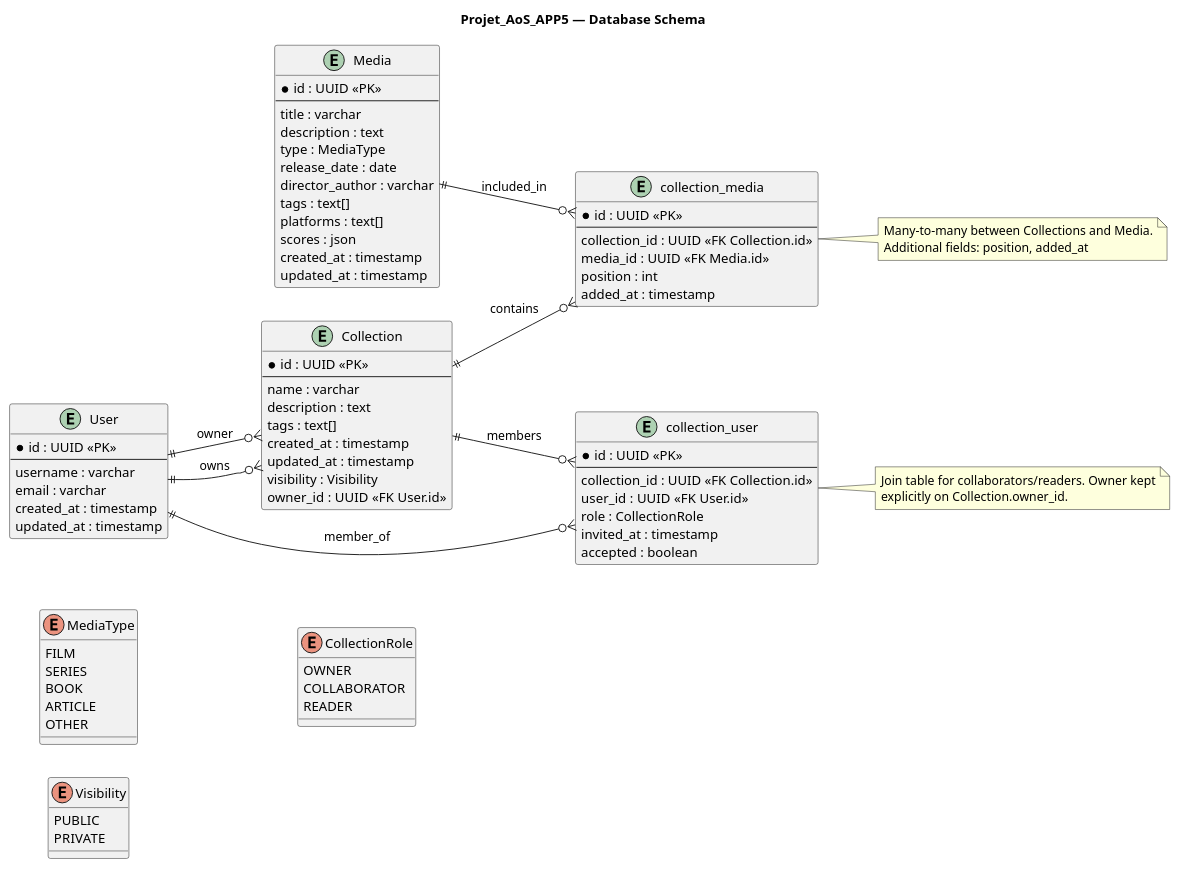
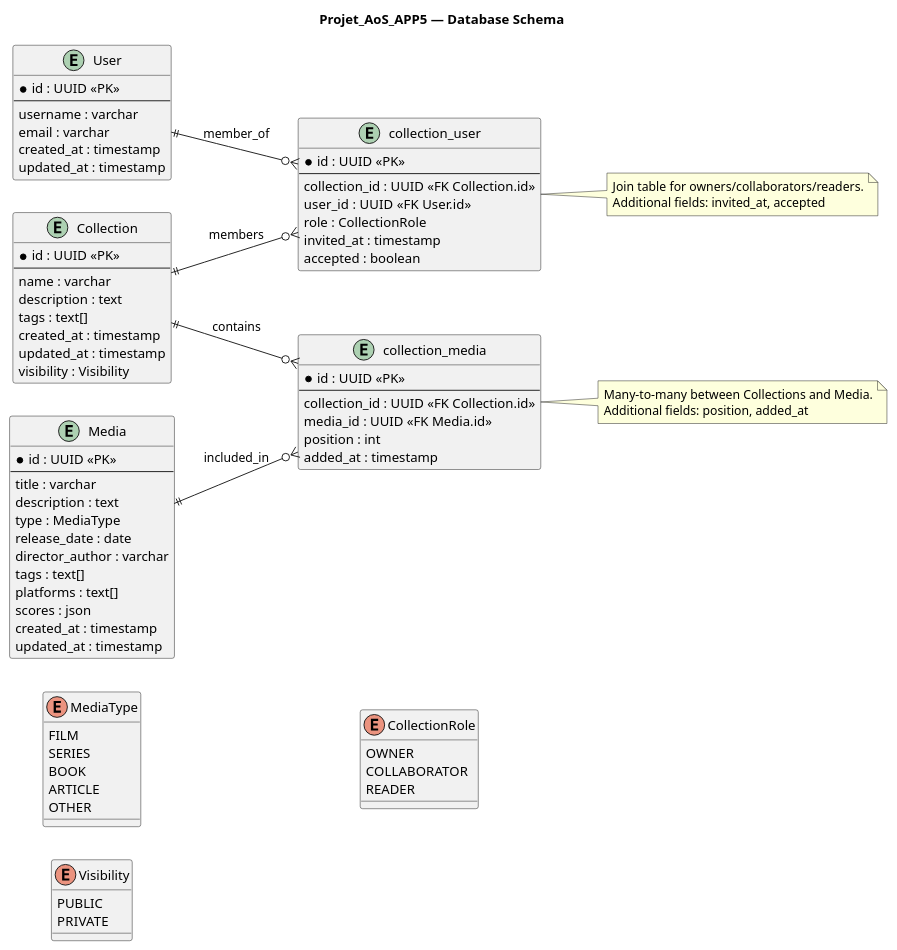
Before and after one commit to Wubpooz/Projet_AoS_APP5: the diagram in docs/database.plantuml, drawn with PlantUML. The commit also changed 2 other files, not shown here.

```diff
--- a/docs/database.plantuml
+++ b/docs/database.plantuml
@@ -1,102 +1,97 @@
 @startuml DatabaseSchema
 title Projet_AoS_APP5 — Database Schema
 
 left to right direction
 
 ' Enumerations
 enum MediaType {
   FILM
   SERIES
   BOOK
   ARTICLE
   OTHER
 }
 
 enum Visibility {
   PUBLIC
   PRIVATE
 }
 
 enum CollectionRole {
   OWNER
   COLLABORATOR
   READER
 }
 
 ' Entities / Tables
 entity "User" as User {
   * id : UUID <<PK>>
   --
   username : varchar
   email : varchar
   created_at : timestamp
   updated_at : timestamp
 }
 
 entity "Media" as Media {
   * id : UUID <<PK>>
   --
   title : varchar
   description : text
   type : MediaType
   release_date : date
   director_author : varchar
   tags : text[]
   platforms : text[]
   scores : json
   created_at : timestamp
   updated_at : timestamp
 }
 
 entity "Collection" as Collection {
   * id : UUID <<PK>>
   --
   name : varchar
   description : text
   tags : text[]
   created_at : timestamp
   updated_at : timestamp
   visibility : Visibility
-  owner_id : UUID <<FK User.id>>
 }
 
 entity "collection_media" as CollectionMedia {
   * id : UUID <<PK>>
   --
   collection_id : UUID <<FK Collection.id>>
   media_id : UUID <<FK Media.id>>
   position : int
   added_at : timestamp
 }
 
 entity "collection_user" as CollectionUser {
   * id : UUID <<PK>>
   --
   collection_id : UUID <<FK Collection.id>>
   user_id : UUID <<FK User.id>>
   role : CollectionRole
   invited_at : timestamp
   accepted : boolean
 }
 
 ' Relationships
-User ||--o{ Collection : "owns"
 Collection ||--o{ CollectionMedia : "contains"
 Media ||--o{ CollectionMedia : "included_in"
 Collection ||--o{ CollectionUser : "members"
 User ||--o{ CollectionUser : "member_of"
-
-' Optional convenience link showing owner FK
-Collection }o--|| User : "owner"
 
 note right of CollectionMedia
   Many-to-many between Collections and Media.
   Additional fields: position, added_at
 end note
 
 note right of CollectionUser
-  Join table for collaborators/readers. Owner kept
-  explicitly on Collection.owner_id.
+  Join table for owners/collaborators/readers.
+  Additional fields: invited_at, accepted
 end note
 
 @enduml
```
